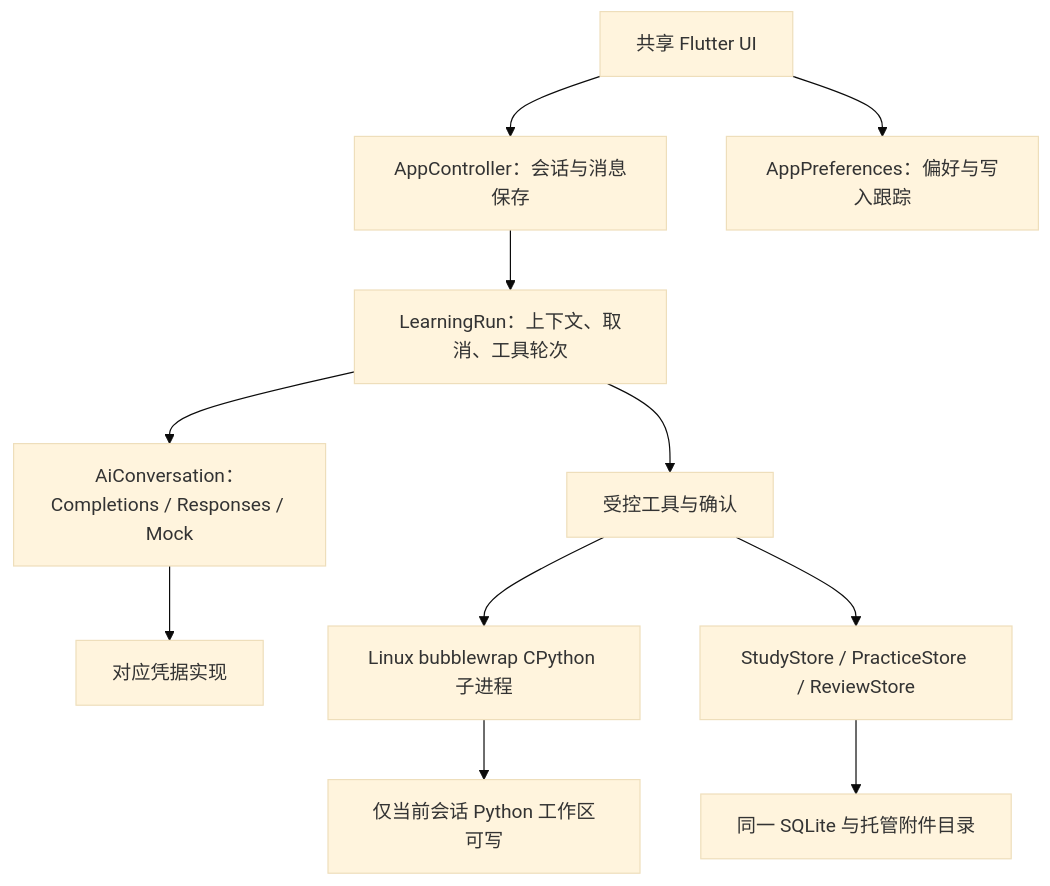
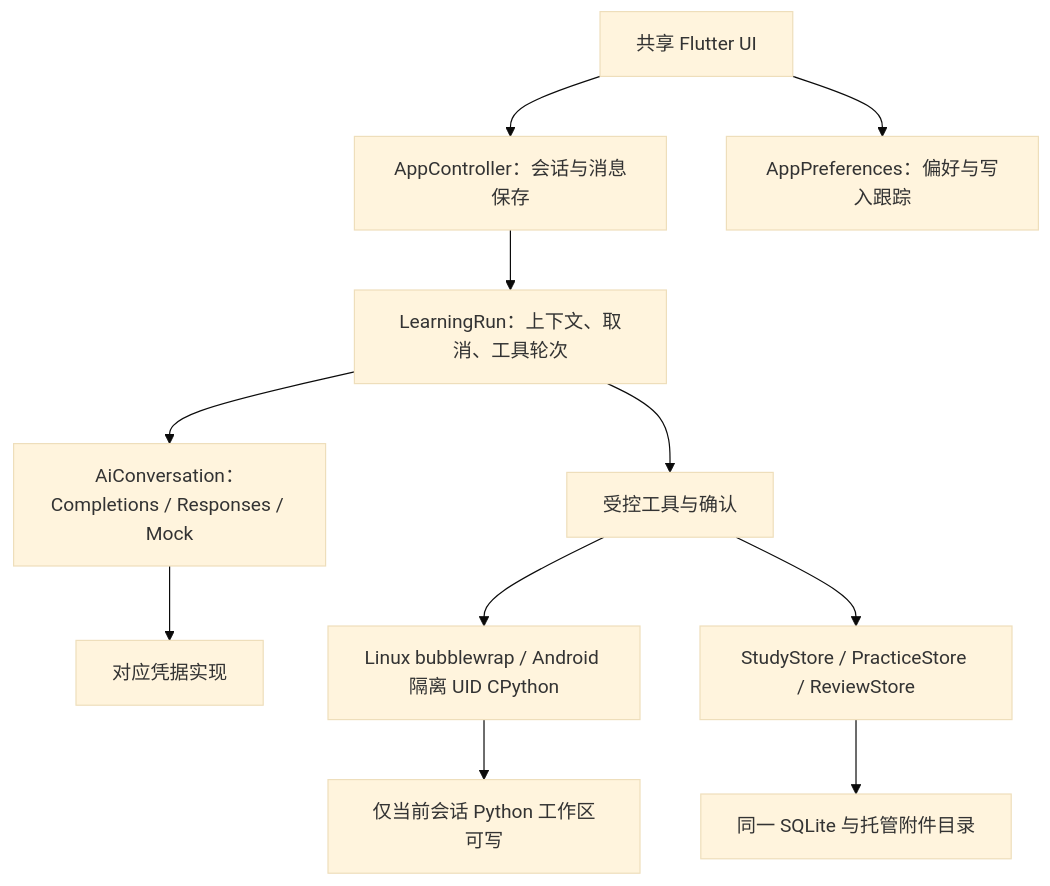
The diagram in docs/ARCHITECTURE_REVIEW.md (mumu-lhl/tixun), drawn with Mermaid (base theme) before and after one commit. The commit also changed other lines of this file and 32 other files, not shown here.

````diff
--- a/docs/ARCHITECTURE_REVIEW.md
+++ b/docs/ARCHITECTURE_REVIEW.md
@@ -25,13 +25,13 @@
 ```mermaid
 flowchart TD
   UI[共享 Flutter UI] --> C[AppController：会话与消息保存]
   UI --> P[AppPreferences：偏好与写入跟踪]
   C --> R[LearningRun：上下文、取消、工具轮次]
   R --> A[AiConversation：Completions / Responses / Mock]
   A --> K[对应凭据实现]
   R --> T[受控工具与确认]
-  T --> PY[Linux bubblewrap CPython 子进程]
+  T --> PY[Linux bubblewrap / Android 隔离 UID CPython]
   PY --> W[仅当前会话 Python 工作区可写]
   T --> S[StudyStore / PracticeStore / ReviewStore]
   S --> DB[同一 SQLite 与托管附件目录]
 ```
````
